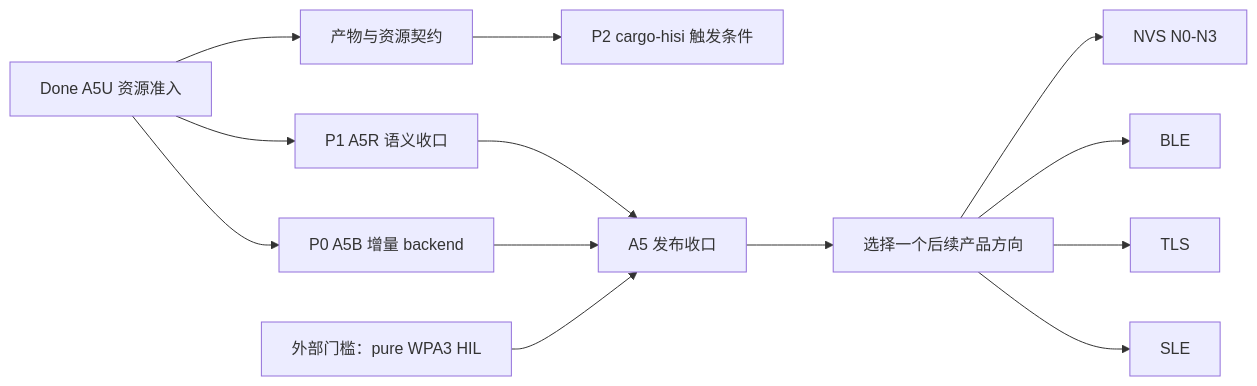
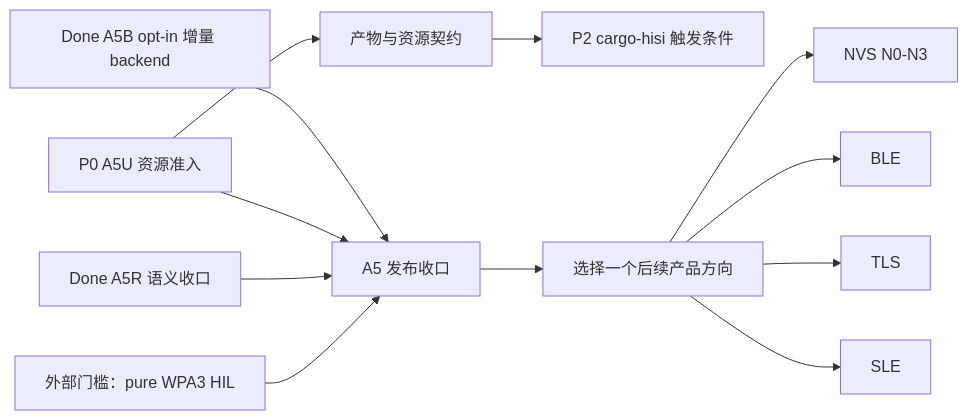
One commit to hispark-rs/hisi-riscv-rs changed the diagram in docs/plan/README.md. Above: the diagram before and after it, drawn with Mermaid. The commit also changed other lines of this file and 3 other files, not shown here.

````diff
--- a/docs/plan/README.md
+++ b/docs/plan/README.md
@@ -41,15 +41,14 @@
 ```mermaid
 flowchart LR
-    A5U["Done A5U 资源准入"] --> A5B["P0 A5B 增量 backend"]
-    A5U --> A5R["P1 A5R 语义收口"]
+    A5B["Done A5B opt-in 增量 backend"] --> A5["A5 发布收口"]
+    A5U["P0 A5U 资源准入"] --> A5
     A5U --> REPORT["产物与资源契约"]
     REPORT --> CLI["P2 cargo-hisi 触发条件"]
-    A5R --> A5["A5 发布收口"]
-    A5B --> A5
+    A5R["Done A5R 语义收口"] --> A5
     WPA3["外部门槛：pure WPA3 HIL"] --> A5
     A5 --> PRODUCT["选择一个后续产品方向"]
     PRODUCT --> NVS["NVS N0-N3"]
     PRODUCT --> BLE["BLE"]
     PRODUCT --> TLS["TLS"]
     PRODUCT --> SLE["SLE"]
 ```
````
